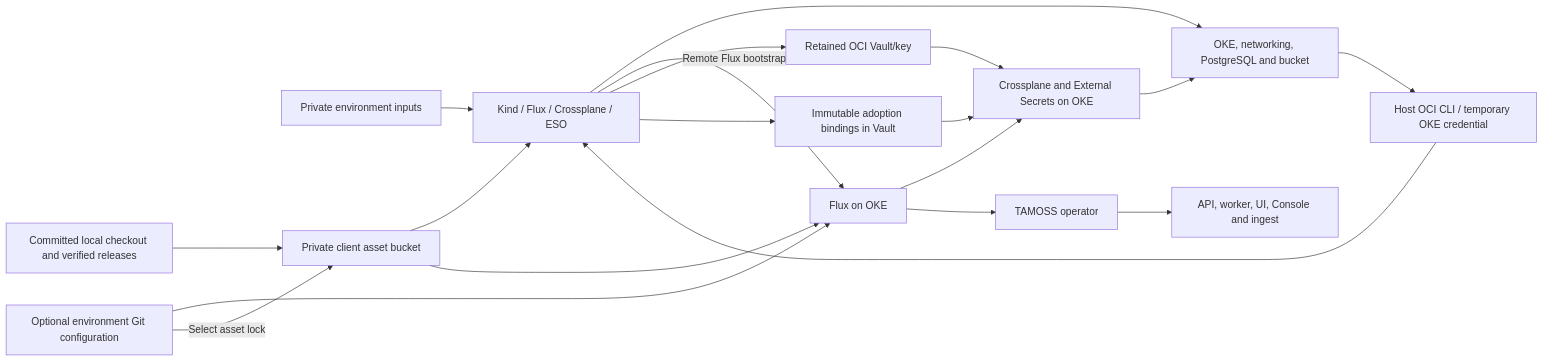
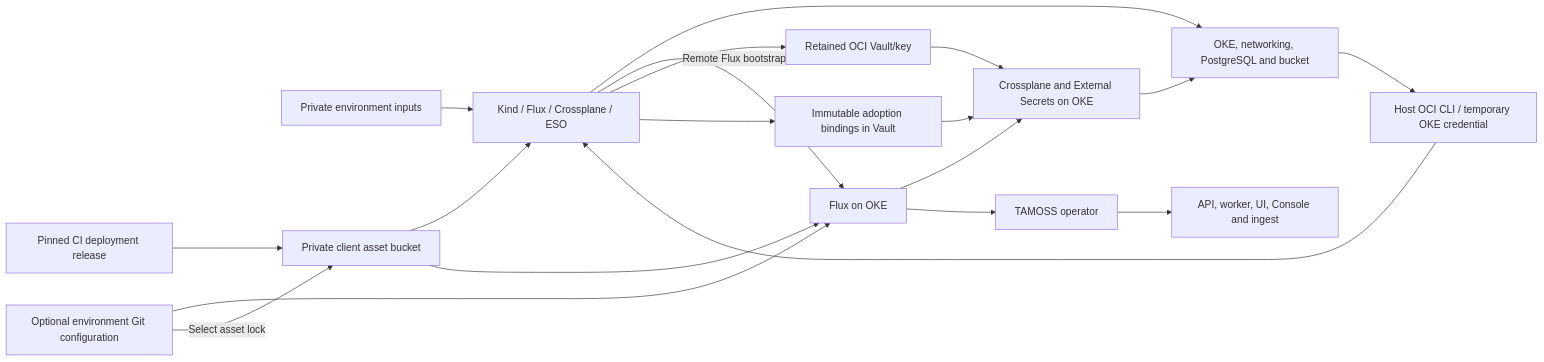
The diagram in docs/architecture.md (livewyer-ops/tamoss-cp-oci), drawn with Mermaid before and after one commit. The commit also changed other lines of this file and 67 other files, not shown here.

First line of the commit message:
refactor!: seed deployments from pinned release bundles

````diff
--- a/docs/architecture.md
+++ b/docs/architecture.md
@@ -57,22 +59,22 @@
 ```mermaid
 flowchart LR
     Inputs[Private environment inputs] --> Kind[Kind / Flux / Crossplane / ESO]
     Kind --> OCI[OKE, networking, PostgreSQL and bucket]
     Host[Host OCI CLI / temporary OKE credential] --> Kind
     Kind -->|Remote Flux bootstrap| Flux
     OCI --> Host
     Kind --> Vault[Retained OCI Vault/key]
     Git[Optional environment Git configuration]
     Kind --> Bindings[Immutable adoption bindings in Vault]
     Git --> Flux[Flux on OKE]
-    Checkout[Committed local checkout and verified releases] --> Store[Private client asset bucket]
+    Checkout[Pinned CI deployment release] --> Store[Private client asset bucket]
     Store --> Kind
     Store --> Flux
     Git -->|Select asset lock| Store
     Flux --> Runtime[Crossplane and External Secrets on OKE]
     Runtime --> OCI
     Vault --> Runtime
     Bindings --> Runtime
     Flux --> Operator[TAMOSS operator]
     Operator --> App[API, worker, UI, Console and ingest]
 ```
````
